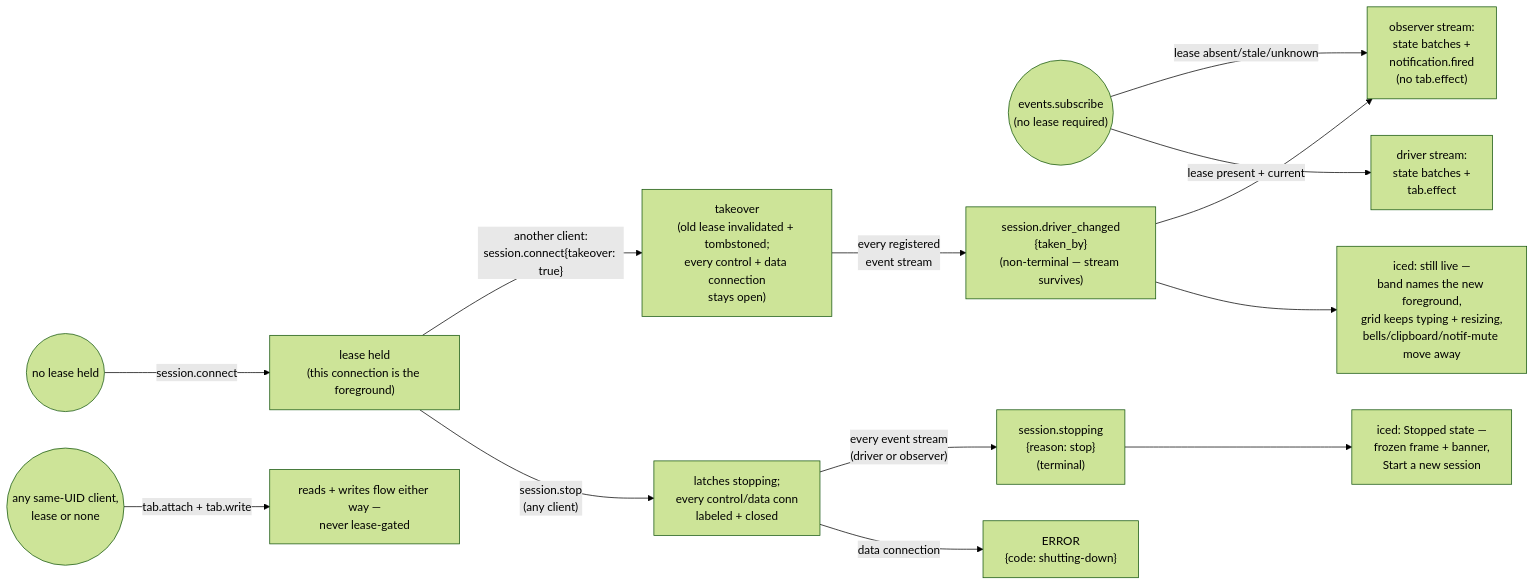
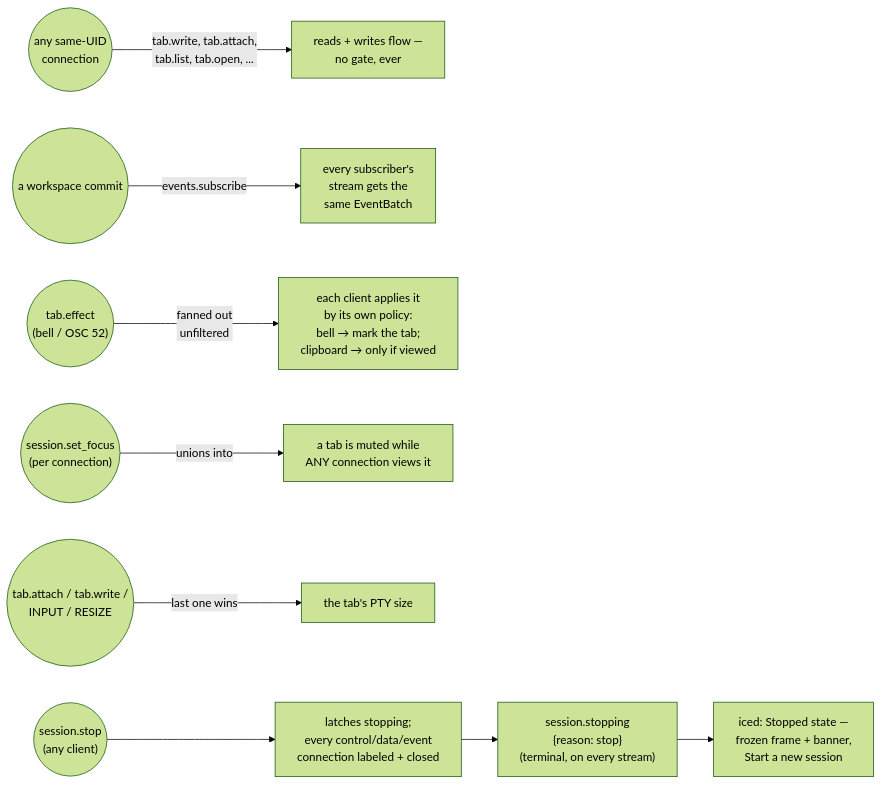
Before and after one commit to charliek/roost: the third of 3 diagrams in docs/development/host-sessions.md, drawn with Mermaid (forest theme). The commit also changed other lines of this file and 12 other files, not shown here.

````diff
--- a/docs/development/host-sessions.md
+++ b/docs/development/host-sessions.md
@@ -95,15 +85,11 @@
 ```mermaid
 flowchart LR
-  Sub(("events.subscribe<br/>(no lease required)")) -- "lease absent/stale/unknown" --> Observer["observer stream:<br/>state batches +<br/>notification.fired<br/>(no tab.effect)"]
-  Sub -- "lease present + current" --> Driver["driver stream:<br/>state batches +<br/>tab.effect"]
-  NoLease(("no lease held")) -- "session.connect" --> Held["lease held<br/>(this connection is the foreground)"]
-  AnyClient(("any same-UID client,<br/>lease or none")) -- "tab.attach + tab.write" --> Live["reads + writes flow either way —<br/>never lease-gated"]
-  Held -- "another client:<br/>session.connect{takeover: true}" --> Takeover["takeover<br/>(old lease invalidated + tombstoned;<br/>every control + data connection<br/>stays open)"]
-  Takeover -- "every registered<br/>event stream" --> DriverChanged["session.driver_changed<br/>{taken_by}<br/>(non-terminal — stream survives)"]
-  DriverChanged --> Observer
-  DriverChanged --> UIObs["iced: still live —<br/>band names the new foreground,<br/>grid keeps typing + resizing,<br/>bells/clipboard/notif-mute move away"]
-  Held -- "session.stop<br/>(any client)" --> Stopping["latches stopping;<br/>every control/data conn<br/>labeled + closed"]
-  Stopping -- "every event stream<br/>(driver or observer)" --> StoppingS["session.stopping<br/>{reason: stop}<br/>(terminal)"]
-  Stopping -- "data connection" --> ErrorS["ERROR<br/>{code: shutting-down}"]
+  AnyClient(("any same-UID<br/>connection")) -- "tab.write, tab.attach,<br/>tab.list, tab.open, ..." --> Live["reads + writes flow —<br/>no gate, ever"]
+  Commit(("a workspace commit")) -- "events.subscribe" --> Batch["every subscriber's<br/>stream gets the<br/>same EventBatch"]
+  Effect(("tab.effect<br/>(bell / OSC 52)")) -- "fanned out<br/>unfiltered" --> EachClient["each client applies it<br/>by its own policy:<br/>bell → mark the tab;<br/>clipboard → only if viewed"]
+  Focus(("session.set_focus<br/>(per connection)")) -- "unions into" --> Mute["a tab is muted while<br/>ANY connection views it"]
+  Size(("tab.attach / tab.write /<br/>INPUT / RESIZE")) -- "last one wins" --> PtySize["the tab's PTY size"]
+  Stop(("session.stop<br/>(any client)")) --> Stopping["latches stopping;<br/>every control/data/event<br/>connection labeled + closed"]
+  Stopping --> StoppingS["session.stopping<br/>{reason: stop}<br/>(terminal, on every stream)"]
   StoppingS --> UIS["iced: Stopped state —<br/>frozen frame + banner,<br/>Start a new session"]
 ```
````
